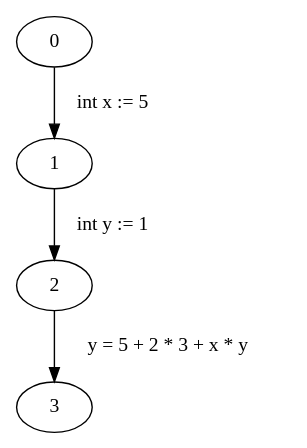
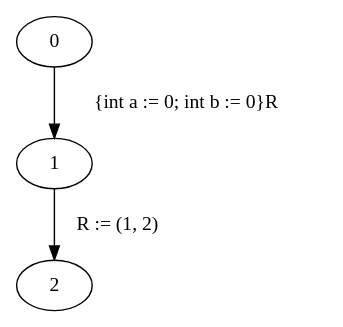
Before and after one commit to FloKes/ProgramAnalysis: the diagram in src/main/java/graphviz/input.dot, drawn with Graphviz. The commit also changed 17 other files, not shown here.

```diff
--- a/src/main/java/graphviz/input.dot
+++ b/src/main/java/graphviz/input.dot
@@ -1,5 +1,4 @@
 digraph ProgramGraph{
-"0" -> "1" [label="  int x := 5   "] 
-"1" -> "2" [label="  int y := 1   "] 
-"2" -> "3" [label="  y = 5 + 2 * 3 + x * y   "] 
+"0" -> "1" [label="  {int a := 0; int b := 0}R   "] 
+"1" -> "2" [label="  R := (1, 2)   "] 
 }
```
